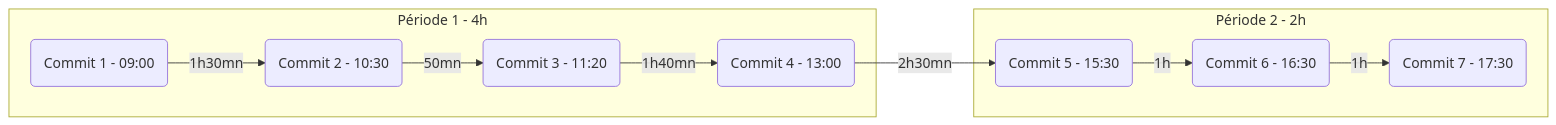
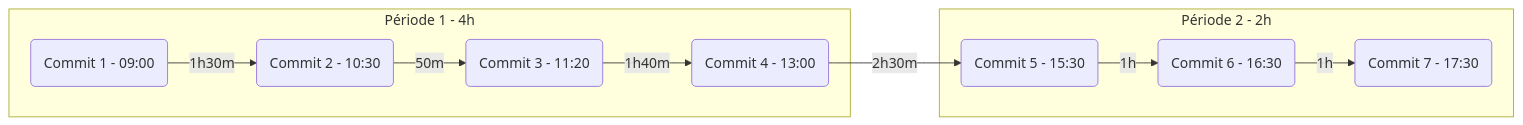
Before and after one commit to QuentinWidlocher/ThesePro: the seventh of 7 diagrams in these/02-Introduction.md, drawn with Mermaid. The commit also changed other lines of this file and 1 other file, not shown here.

```diff
--- a/these/02-Introduction.md
+++ b/these/02-Introduction.md
@@ -424,15 +423,15 @@
 <div class="mermaid">
 graph LR
   subgraph Période 1 - 4h
     C1(Commit 1 - 09:00)
     C2(Commit 2 - 10:30)
     C3(Commit 3 - 11:20)
     C4(Commit 4 - 13:00)
   end
   subgraph Période 2 - 2h
     C5(Commit 5 - 15:30)
     C6(Commit 6 - 16:30)
     C7(Commit 7 - 17:30)
   end
-  C1 -->|1h30mn| C2 -->|50mn| C3 -->|1h40mn| C4 -->|2h30mn| C5 -->|1h| C6 -->|1h| C7
+  C1 -->|1h30m| C2 -->|50m| C3 -->|1h40m| C4 -->|2h30m| C5 -->|1h| C6 -->|1h| C7
 </div>
```
